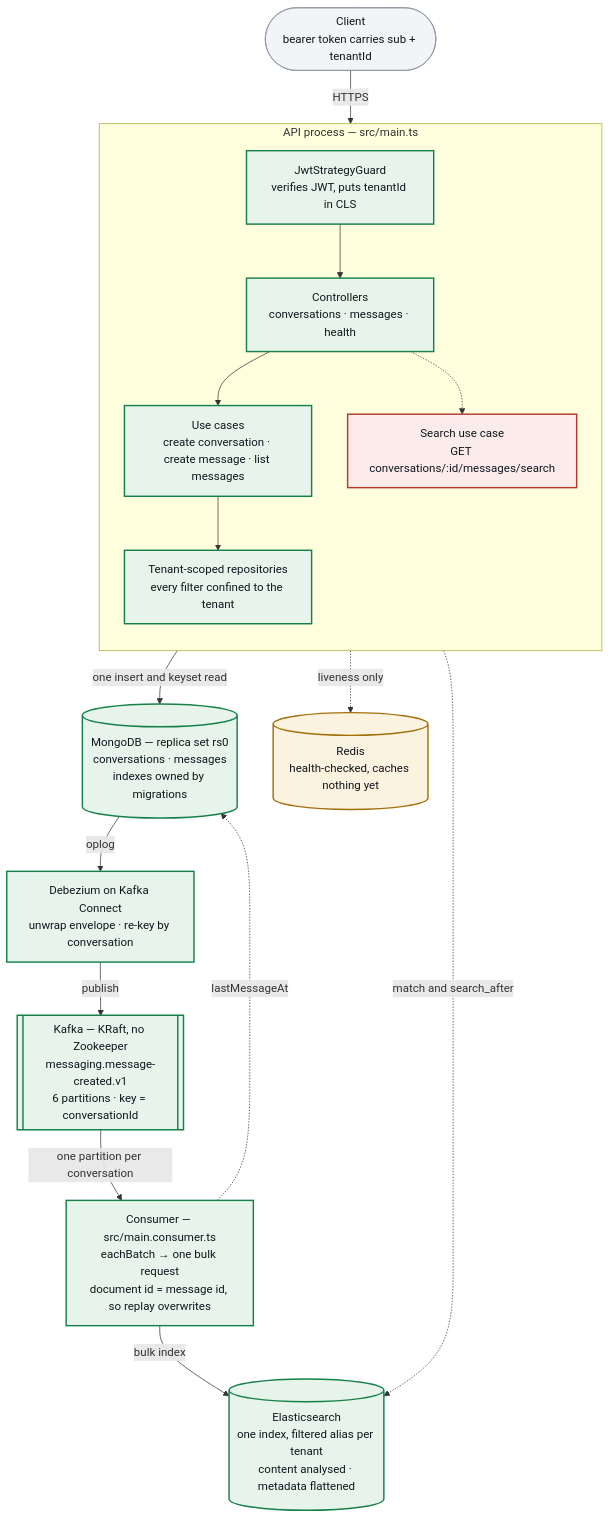
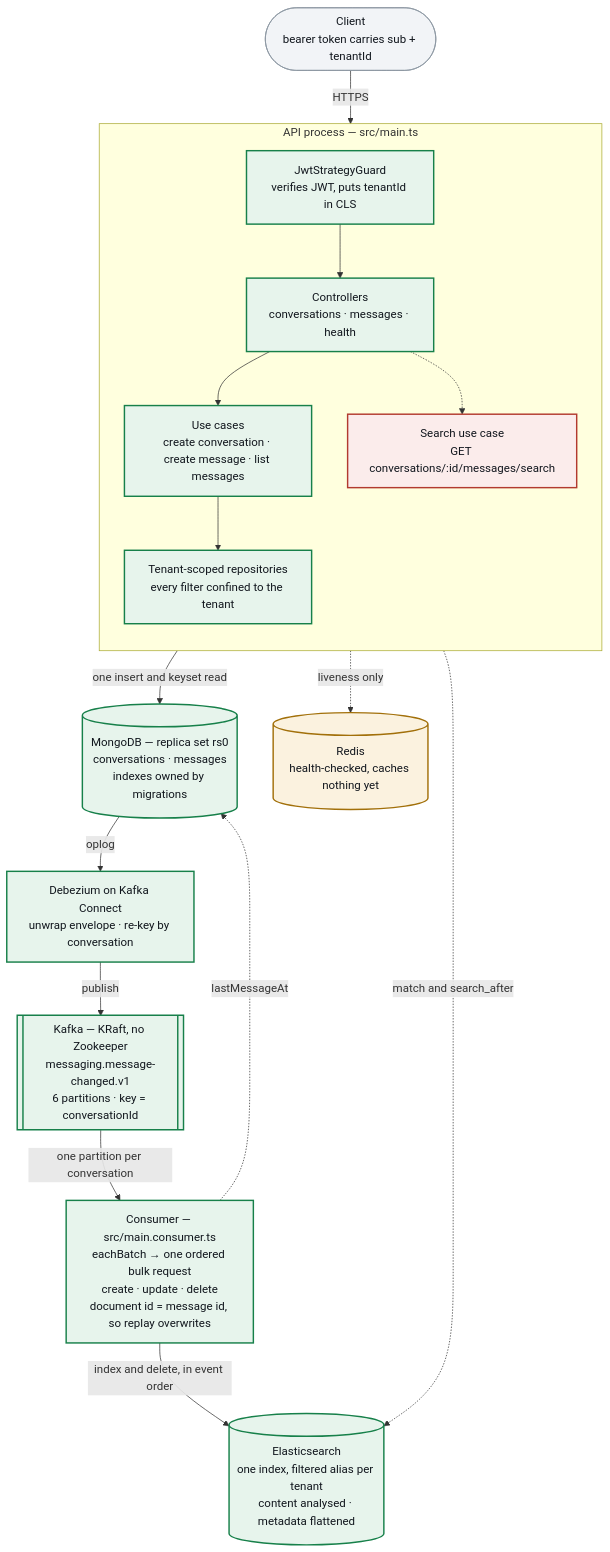
The diagram in docs/architecture.md (tiennguyen1203/tawkto-messaging), drawn with Mermaid before and after one commit. The commit also changed other lines of this file and 21 other files, not shown here.

Commit message:
refactor: change topic to message-changed to support all create/update/delete operations

````diff
--- a/docs/architecture.md
+++ b/docs/architecture.md
@@ -12,44 +12,44 @@
 ```mermaid
 flowchart TD
     client(["Client<br/>bearer token carries sub + tenantId"])
 
     subgraph api["API process — src/main.ts"]
         direction TB
         guard["JwtStrategyGuard<br/>verifies JWT, puts tenantId in CLS"]
         ctl["Controllers<br/>conversations · messages · health"]
         uc["Use cases<br/>create conversation · create message · list messages"]
         repo["Tenant-scoped repositories<br/>every filter confined to the tenant"]
         searchuc["Search use case<br/>GET conversations/:id/messages/search"]
     end
 
     mongo[("MongoDB — replica set rs0<br/>conversations · messages<br/>indexes owned by migrations")]
     redis[("Redis<br/>health-checked, caches nothing yet")]
     dbz["Debezium on Kafka Connect<br/>unwrap envelope · re-key by conversation"]
-    kafka[["Kafka — KRaft, no Zookeeper<br/>messaging.message-created.v1<br/>6 partitions · key = conversationId"]]
-    consumer["Consumer — src/main.consumer.ts<br/>eachBatch → one bulk request<br/>document id = message id, so replay overwrites"]
+    kafka[["Kafka — KRaft, no Zookeeper<br/>messaging.message-changed.v1<br/>6 partitions · key = conversationId"]]
+    consumer["Consumer — src/main.consumer.ts<br/>eachBatch → one ordered bulk request<br/>create · update · delete<br/>document id = message id, so replay overwrites"]
     es[("Elasticsearch<br/>one index, filtered alias per tenant<br/>content analysed · metadata flattened")]
 
     client -->|HTTPS| guard
     guard --> ctl
     ctl --> uc
     uc --> repo
     repo -->|one insert and keyset read| mongo
     repo -.->|liveness only| redis
     mongo -->|oplog| dbz
     dbz -->|publish| kafka
     kafka -->|one partition per conversation| consumer
-    consumer -->|bulk index| es
+    consumer -->|index and delete, in event order| es
     consumer -.->|lastMessageAt| mongo
     ctl -.-> searchuc
     searchuc -.->|match and search_after| es
 
     classDef done fill:#e7f4ec,stroke:#17804a,stroke-width:2px,color:#11161d
     classDef wip fill:#fbf2df,stroke:#a2700a,stroke-width:2px,color:#11161d
     classDef todo fill:#fbeceb,stroke:#b23a2f,stroke-width:2px,color:#11161d
     classDef plain fill:#f2f4f7,stroke:#8b95a1,stroke-width:1px,color:#11161d
 
     class client plain
     class guard,ctl,uc,repo,mongo,dbz,kafka,consumer,es done
     class redis wip
     class searchuc todo
 ```
````
